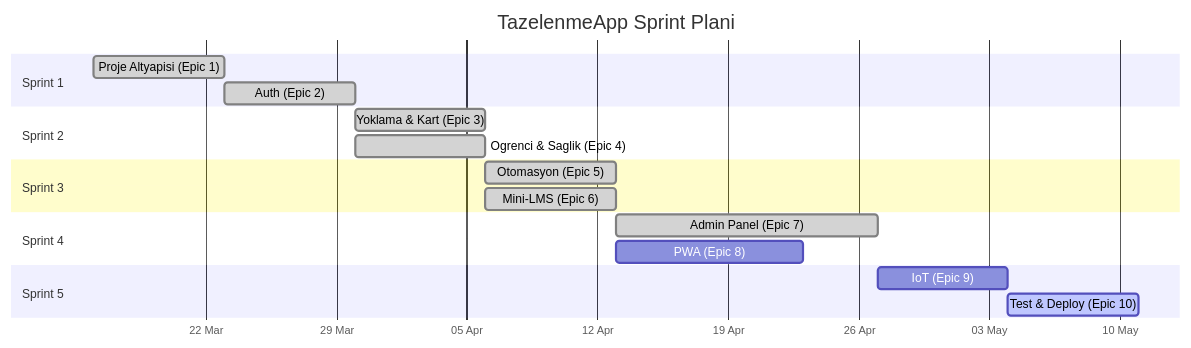
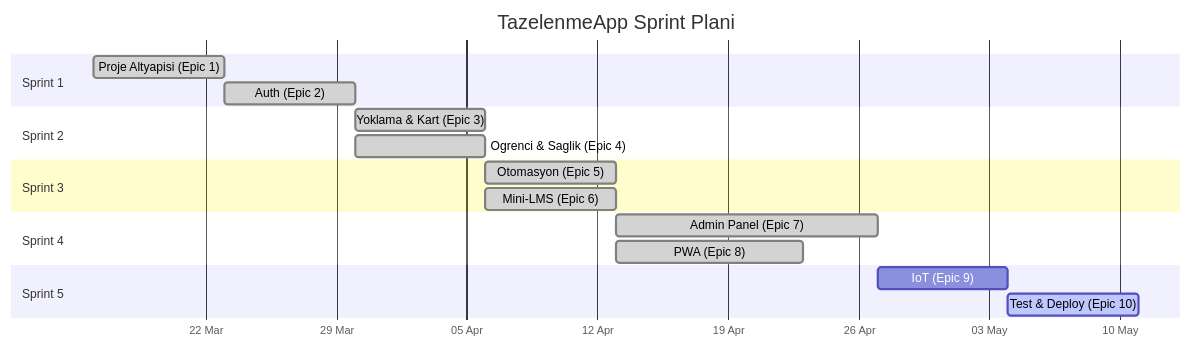
One commit to burakyalcin10/TazelenmeApp changed the diagram in kanban_board.md. Above: the diagram before and after it, drawn with Mermaid. The commit also changed other lines of this file and 1 other file, not shown here.

````diff
--- a/kanban_board.md
+++ b/kanban_board.md
@@ -174,26 +174,26 @@
 ```mermaid
 gantt
     title TazelenmeApp Sprint Plani
     dateFormat  YYYY-MM-DD
     axisFormat  %d %b
 
     section Sprint 1
     Proje Altyapisi (Epic 1)     :done, s1e1, 2026-03-16, 7d
     Auth (Epic 2)                :done, s1e2, after s1e1, 7d
 
     section Sprint 2
     Yoklama & Kart (Epic 3)      :done, s2e3, after s1e2, 7d
     Ogrenci & Saglik (Epic 4)    :done, s2e4, after s1e2, 7d
 
     section Sprint 3
     Otomasyon (Epic 5)           :done, s3e5, after s2e3, 7d
     Mini-LMS (Epic 6)            :done, s3e6, after s2e4, 7d
 
     section Sprint 4
     Admin Panel (Epic 7)         :done, s4e7, after s3e5, 14d
-    PWA (Epic 8)                 :s4e8, after s3e6, 10d
+    PWA (Epic 8)                 :done, s4e8, after s3e6, 10d
 
     section Sprint 5
     IoT (Epic 9)                 :s5e9, after s4e7, 7d
     Test & Deploy (Epic 10)      :active, s5e10, after s5e9, 7d
 ```
````
